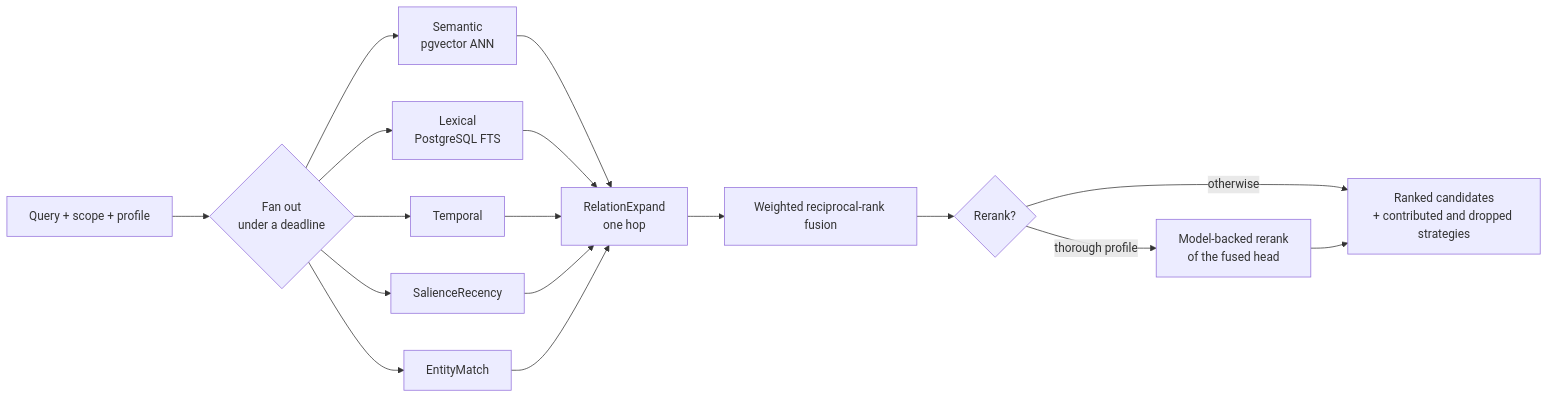
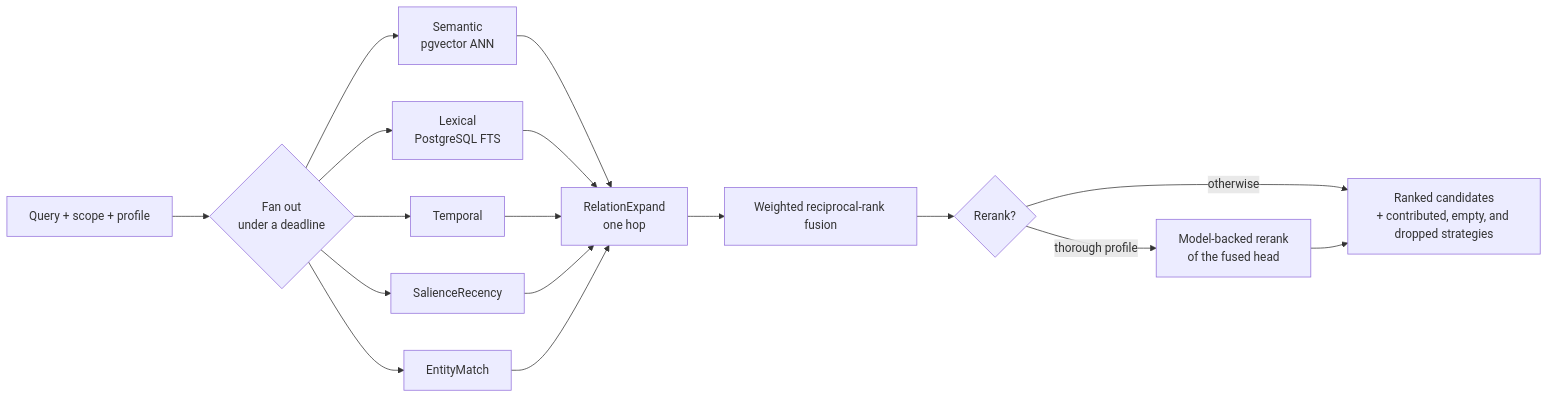
The first of 3 diagrams in docs/concepts/retrieval.md (cartularyhq/cartulary), drawn with Mermaid before and after one commit. The commit also changed other lines of this file and 16 other files, not shown here.

````diff
--- a/docs/concepts/retrieval.md
+++ b/docs/concepts/retrieval.md
@@ -8,15 +8,15 @@
 ```mermaid
 flowchart LR
     Q[Query + scope + profile] --> F{Fan out<br/>under a deadline}
     F --> S1[Semantic<br/>pgvector ANN]
     F --> S2[Lexical<br/>PostgreSQL FTS]
     F --> S3[Temporal]
     F --> S4[SalienceRecency]
     F --> S5[EntityMatch]
     S1 & S2 & S3 & S4 & S5 --> EX[RelationExpand<br/>one hop]
     EX --> RRF[Weighted reciprocal-rank fusion]
     RRF --> RR{Rerank?}
     RR -->|thorough profile| M[Model-backed rerank<br/>of the fused head]
     RR -->|otherwise| OUT
-    M --> OUT[Ranked candidates<br/>+ contributed and dropped strategies]
+    M --> OUT[Ranked candidates<br/>+ contributed, empty, and dropped strategies]
 ```
````
